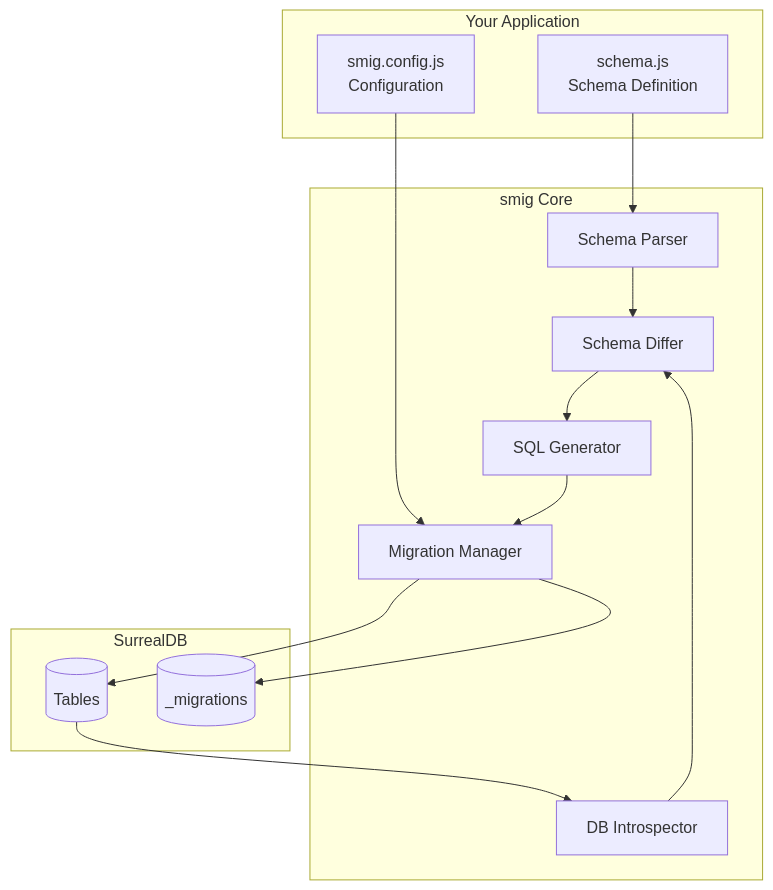
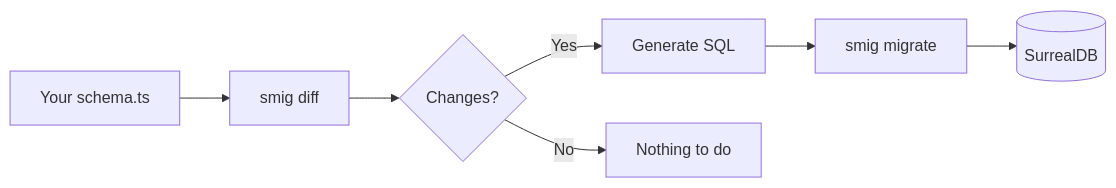
One commit to kathysledge/smig changed the diagram in docs/index.md. Above: the diagram before and after it, drawn with Mermaid. The commit also changed other lines of this file and 125 other files, not shown here.

````diff
--- a/docs/index.md
+++ b/docs/index.md
@@ -78,30 +105,9 @@
 ```mermaid
-flowchart TB
-    subgraph app [Your Application]
-        SchemaFile[schema.js<br/>Schema Definition]
-        Config[smig.config.js<br/>Configuration]
-    end
-    
-    subgraph smig [smig Core]
-        Parser[Schema Parser]
-        Introspect[DB Introspector]
-        Differ[Schema Differ]
-        Generator[SQL Generator]
-        Manager[Migration Manager]
-    end
-    
-    subgraph db [SurrealDB]
-        Tables[(Tables)]
-        MigTable[(_migrations)]
-    end
-    
-    SchemaFile --> Parser
-    Config --> Manager
-    Parser --> Differ
-    Introspect --> Differ
-    Differ --> Generator
-    Generator --> Manager
-    Manager --> Tables
-    Manager --> MigTable
-    Tables --> Introspect
+flowchart LR
+    A[Your schema.ts] --> B[smig diff]
+    B --> C{Changes?}
+    C -->|Yes| D[Generate SQL]
+    C -->|No| E[Nothing to do]
+    D --> F[smig migrate]
+    F --> G[(SurrealDB)]
 ```
````
